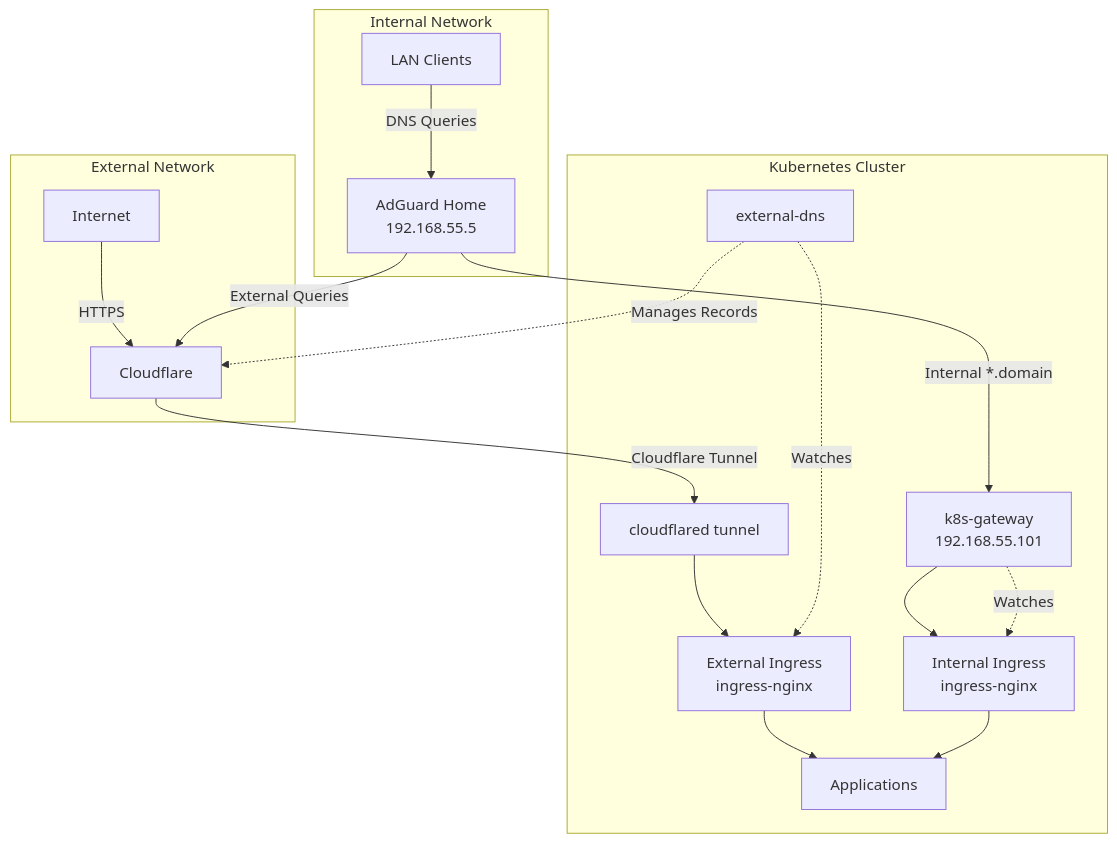
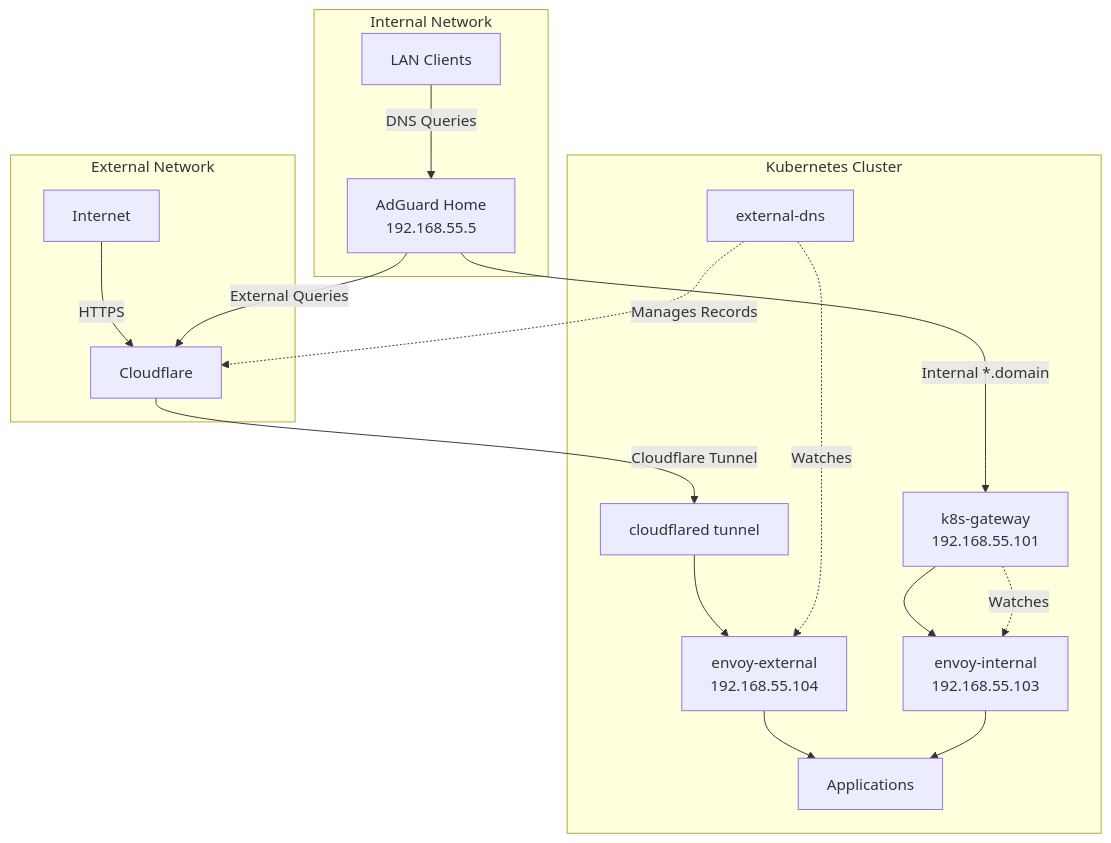
Before and after one commit to nachtschatt3n/cberg-home-nextgen: the second of 2 diagrams in README.md, drawn with Mermaid. The commit also changed other lines of this file and 6 other files, not shown here.

````diff
--- a/README.md
+++ b/README.md
@@ -118,36 +118,36 @@
 ```mermaid
 graph TB
     subgraph "External Network"
         Internet[Internet]
         CF[Cloudflare]
     end
 
     subgraph "Internal Network"
         Clients[LAN Clients]
         AdGuard[AdGuard Home<br/>192.168.55.5]
     end
 
     subgraph "Kubernetes Cluster"
         K8sGW[k8s-gateway<br/>192.168.55.101]
         ExtDNS[external-dns]
         CloudFlared[cloudflared tunnel]
-        ExtIngress[External Ingress<br/>ingress-nginx]
-        IntIngress[Internal Ingress<br/>ingress-nginx]
+        ExtIngress[envoy-external<br/>192.168.55.104]
+        IntIngress[envoy-internal<br/>192.168.55.103]
         Apps[Applications]
     end
 
     Internet -->|HTTPS| CF
     CF -->|Cloudflare Tunnel| CloudFlared
     CloudFlared --> ExtIngress
     ExtIngress --> Apps
 
     Clients -->|DNS Queries| AdGuard
     AdGuard -->|Internal *.domain| K8sGW
     AdGuard -->|External Queries| CF
     K8sGW --> IntIngress
     IntIngress --> Apps
 
     ExtDNS -.->|Manages Records| CF
     K8sGW -.->|Watches| IntIngress
     ExtDNS -.->|Watches| ExtIngress
 ```
````
